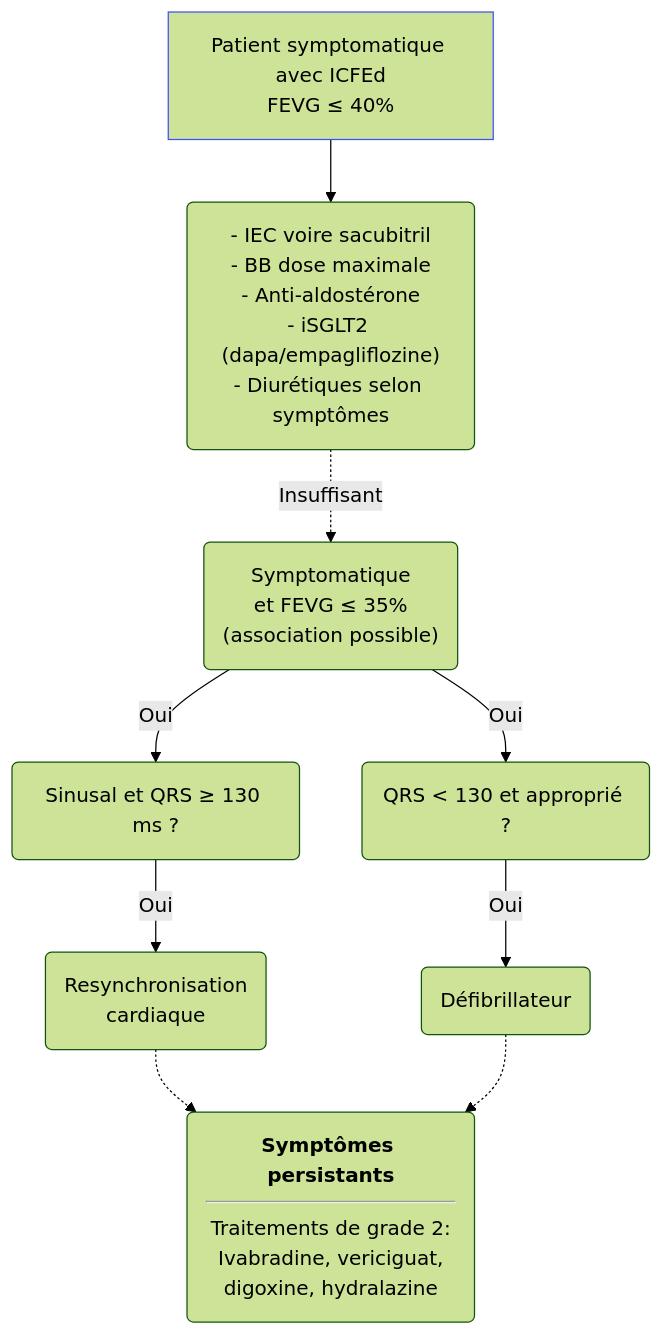
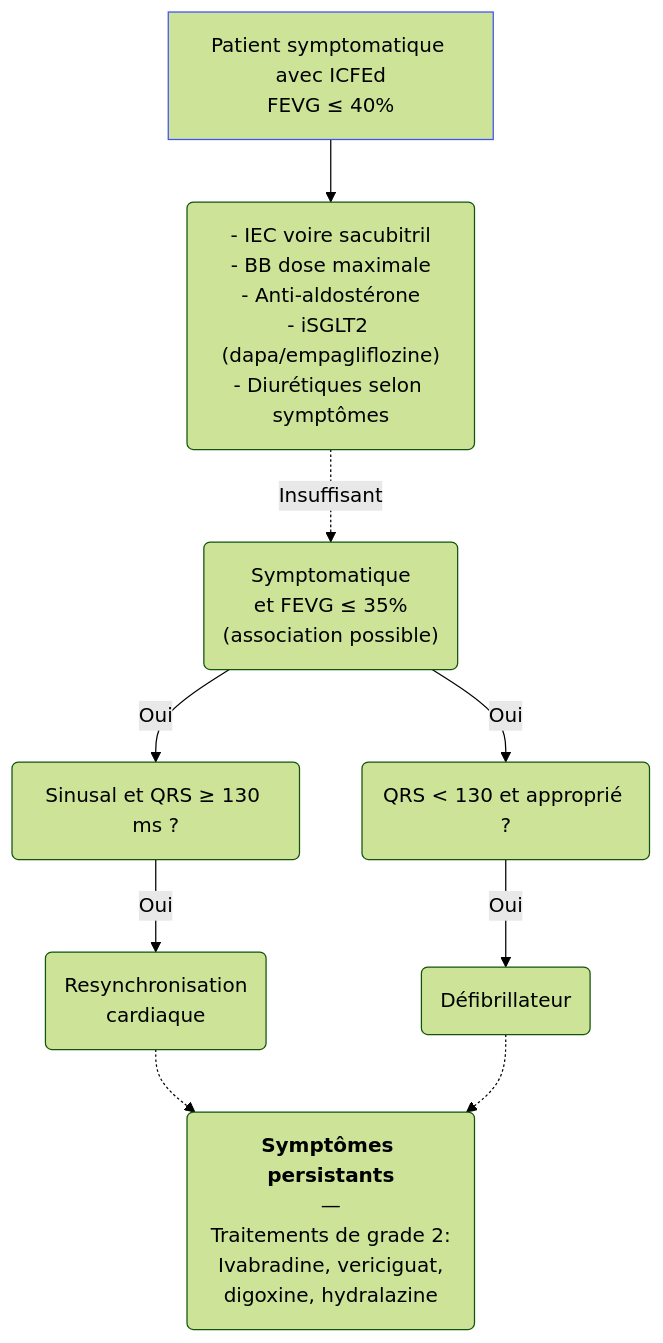
The second of 2 diagrams in content/recommandations/insuffisance-cardiaque-chronique.md (djibe/recommandations-medicales), drawn with Mermaid (forest theme) before and after one commit. The commit also changed other lines of this file and 51 other files, not shown here.

```diff
--- a/content/recommandations/insuffisance-cardiaque-chronique.md
+++ b/content/recommandations/insuffisance-cardiaque-chronique.md
@@ -459,10 +459,10 @@
 {{< mermaid title="Prise en charge et traitement de l'insuffisance cardiaque à fraction d'éjection diminuée symptomatique à l'état stable. Dr JB Fron d'après ESC 2021" >}}
 graph TB
 ICFEd["Patient symptomatique avec ICFEd<br>FEVG ≤ 40%"]
 style ICFEd stroke:#4150f5, stroke-width:1px
   ICFEd --> systematique("- IEC voire sacubitril<br>- BB dose maximale<br>- Anti-aldostérone<br>- iSGLT2 (dapa/empagliflozine)<br>- Diurétiques selon symptômes")
     systematique -. Insuffisant .-> choix("Symptomatique<br>et FEVG ≤ 35%<br>(association possible)")
         choix -- Oui --> CRT("Sinusal et QRS ≥ 130 ms ?") -- Oui --> resynchronisation("Resynchronisation<br>cardiaque")
-          resynchronisation -.-> persistant("<b>Symptômes persistants</b><hr>Traitements de grade 2:<br>Ivabradine, vericiguat,<br>digoxine, hydralazine")
+          resynchronisation -.-> persistant("<b>Symptômes persistants</b><br>—<br>Traitements de grade 2:<br>Ivabradine, vericiguat,<br>digoxine, hydralazine")
         choix -- Oui --> ICD("QRS &lt; 130 et approprié ?") -- Oui --> defibrillateur(Défibrillateur) -.-> persistant
 {{< /mermaid >}}
```
